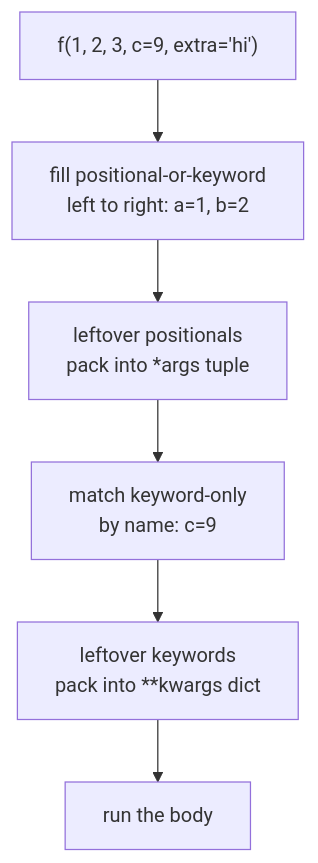
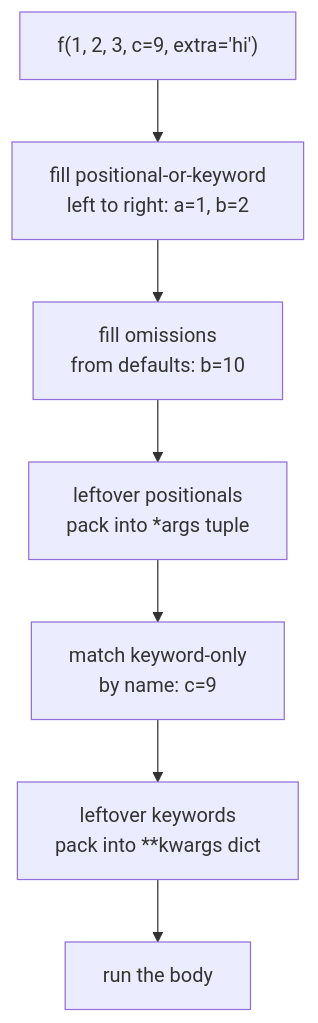
One commit to AslamNazeerShaikh/Python-Material changed the first of 2 diagrams in docs/learning/03-functions-def.md. Above: the diagram before and after it, drawn with Mermaid. The commit also changed 3 other files, not shown here.

Commit message:
docs(learning): fix diagram accuracy defects

````diff
--- a/docs/learning/03-functions-def.md
+++ b/docs/learning/03-functions-def.md
@@ -67,14 +67,16 @@
 ```mermaid
 flowchart TD
     CALL["f(1, 2, 3, c=9, extra='hi')"]
     POS["fill positional-or-keyword<br/>left to right: a=1, b=2"]
+    DEF["fill omissions<br/>from defaults: b=10"]
     ARGS["leftover positionals<br/>pack into *args tuple"]
     KWONLY["match keyword-only<br/>by name: c=9"]
     KWARGS["leftover keywords<br/>pack into **kwargs dict"]
     RUN["run the body"]
     CALL --> POS
-    POS --> ARGS
+    POS --> DEF
+    DEF --> ARGS
     ARGS --> KWONLY
     KWONLY --> KWARGS
     KWARGS --> RUN
 ```
````
